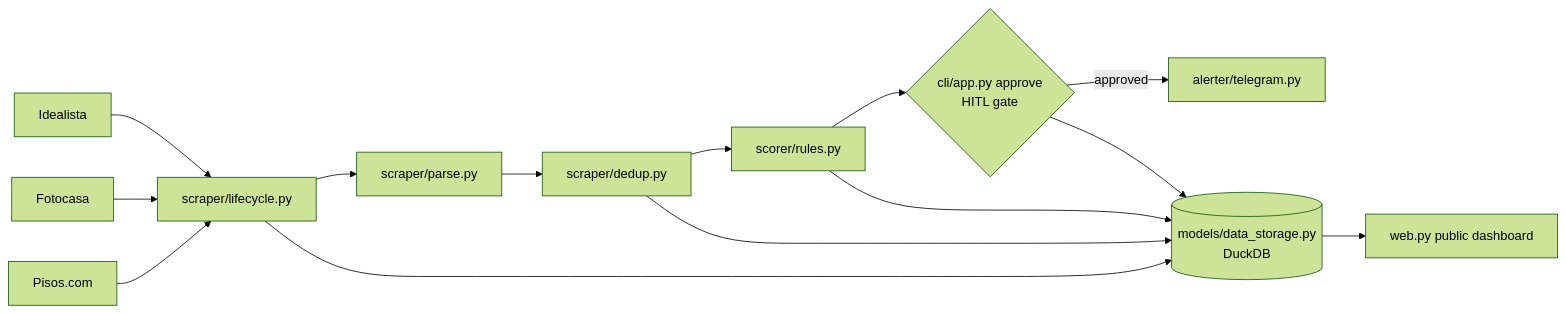
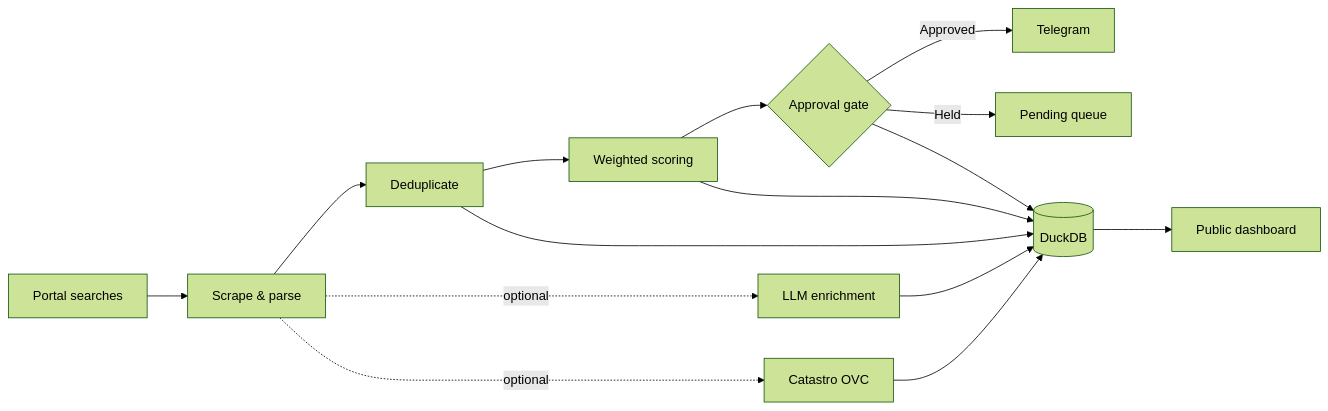
One commit to Alexramsal/home-ops changed the diagram in README.md. Above: the diagram before and after it, drawn with Mermaid (forest theme). The commit also changed other lines of this file, not shown here.

````diff
--- a/README.md
+++ b/README.md
@@ -47,16 +37,19 @@
 ```mermaid
 flowchart LR
-    P1[Idealista] --> LS[scraper/lifecycle.py]
-    P2[Fotocasa] --> LS
-    P3[Pisos.com] --> LS
-    LS --> P[scraper/parse.py]
-    P --> D[scraper/dedup.py]
-    D --> R[scorer/rules.py]
-    R --> H{cli/app.py approve<br/>HITL gate}
-    H -- approved --> T[alerter/telegram.py]
-    LS --> DB[(models/data_storage.py<br/>DuckDB)]
-    D --> DB
-    R --> DB
-    H --> DB
-    DB --> W[web.py public dashboard]
+    A[Portal searches] --> B[Scrape & parse]
+    B --> C[Deduplicate]
+    C --> D[Weighted scoring]
+    D --> E{Approval gate}
+    E -->|Approved| F[Telegram]
+    E -->|Held| G[Pending queue]
+
+    C --> H[(DuckDB)]
+    D --> H
+    E --> H
+    H --> I[Public dashboard]
+
+    B -. optional .-> J[LLM enrichment]
+    B -. optional .-> K[Catastro OVC]
+    J --> H
+    K --> H
 ```
````
